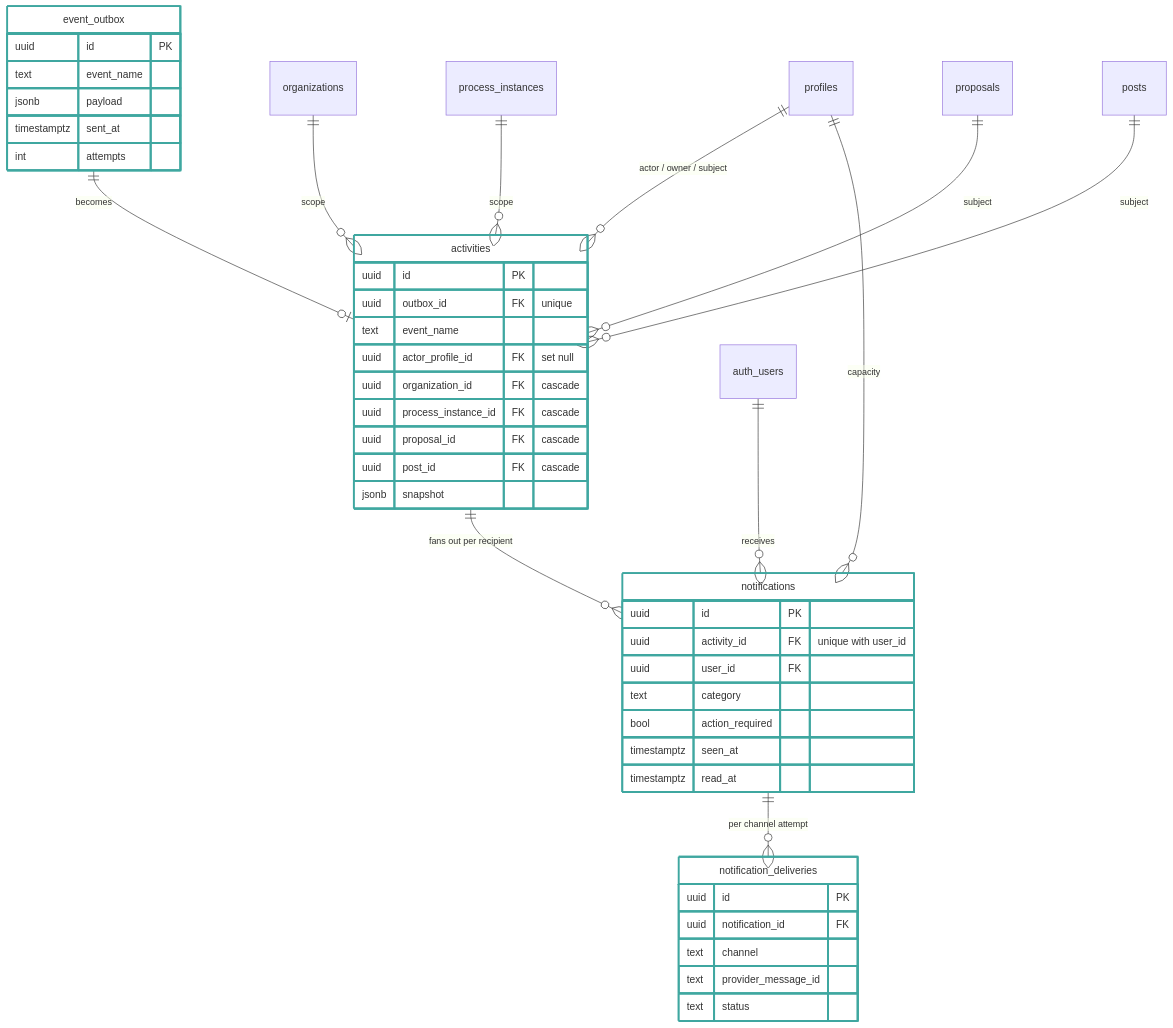
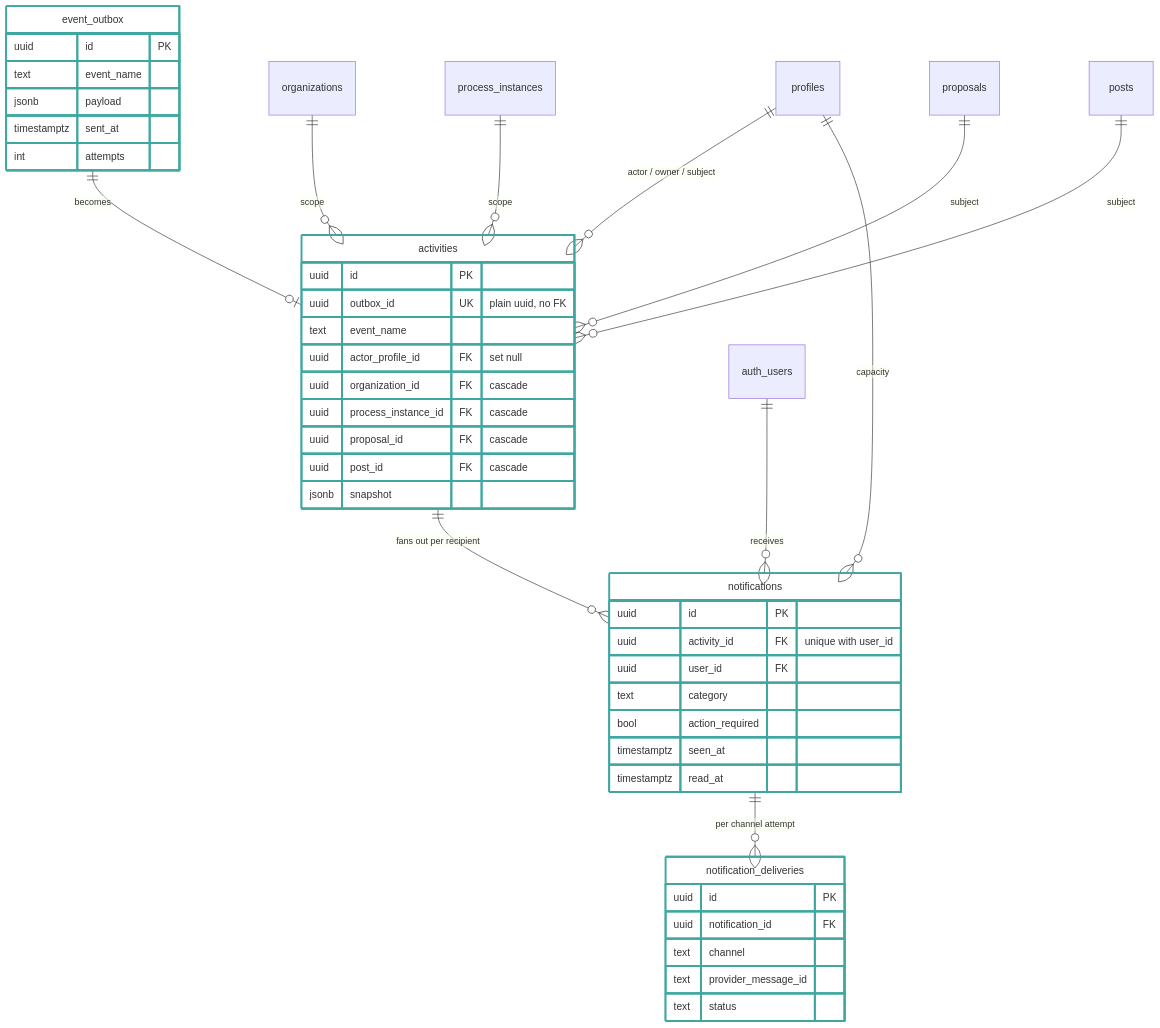
Before and after one commit to oneprojectorg/common: the first of 2 diagrams in docs/adr/0020-store-notifications-behind-a-transactional-outbox.md, drawn with Mermaid. The commit also changed other lines of this file, not shown here.

Commit message:
docs(adr): store outbox_id as a plain unique uuid so pruning keeps feed history

````diff
--- a/docs/adr/0020-store-notifications-behind-a-transactional-outbox.md
+++ b/docs/adr/0020-store-notifications-behind-a-transactional-outbox.md
@@ -54,51 +57,51 @@
 ```mermaid
 erDiagram
   event_outbox {
     uuid id PK
     text event_name
     jsonb payload
     timestamptz sent_at
     int attempts
   }
   activities {
     uuid id PK
-    uuid outbox_id FK "unique"
+    uuid outbox_id UK "plain uuid, no FK"
     text event_name
     uuid actor_profile_id FK "set null"
     uuid organization_id FK "cascade"
     uuid process_instance_id FK "cascade"
     uuid proposal_id FK "cascade"
     uuid post_id FK "cascade"
     jsonb snapshot
   }
   notifications {
     uuid id PK
     uuid activity_id FK "unique with user_id"
     uuid user_id FK
     text category
     bool action_required
     timestamptz seen_at
     timestamptz read_at
   }
   notification_deliveries {
     uuid id PK
     uuid notification_id FK
     text channel
     text provider_message_id
     text status
   }
 
   event_outbox ||--o| activities : becomes
   activities ||--o{ notifications : "fans out per recipient"
   notifications ||--o{ notification_deliveries : "per channel attempt"
   profiles ||--o{ activities : "actor / owner / subject"
   organizations ||--o{ activities : scope
   process_instances ||--o{ activities : scope
   proposals ||--o{ activities : subject
   posts ||--o{ activities : subject
   auth_users ||--o{ notifications : receives
   profiles ||--o{ notifications : capacity
 
   classDef newTable fill:none,stroke:#3FA7A0,stroke-width:3px
   class event_outbox,activities,notifications,notification_deliveries newTable
 ```
````
